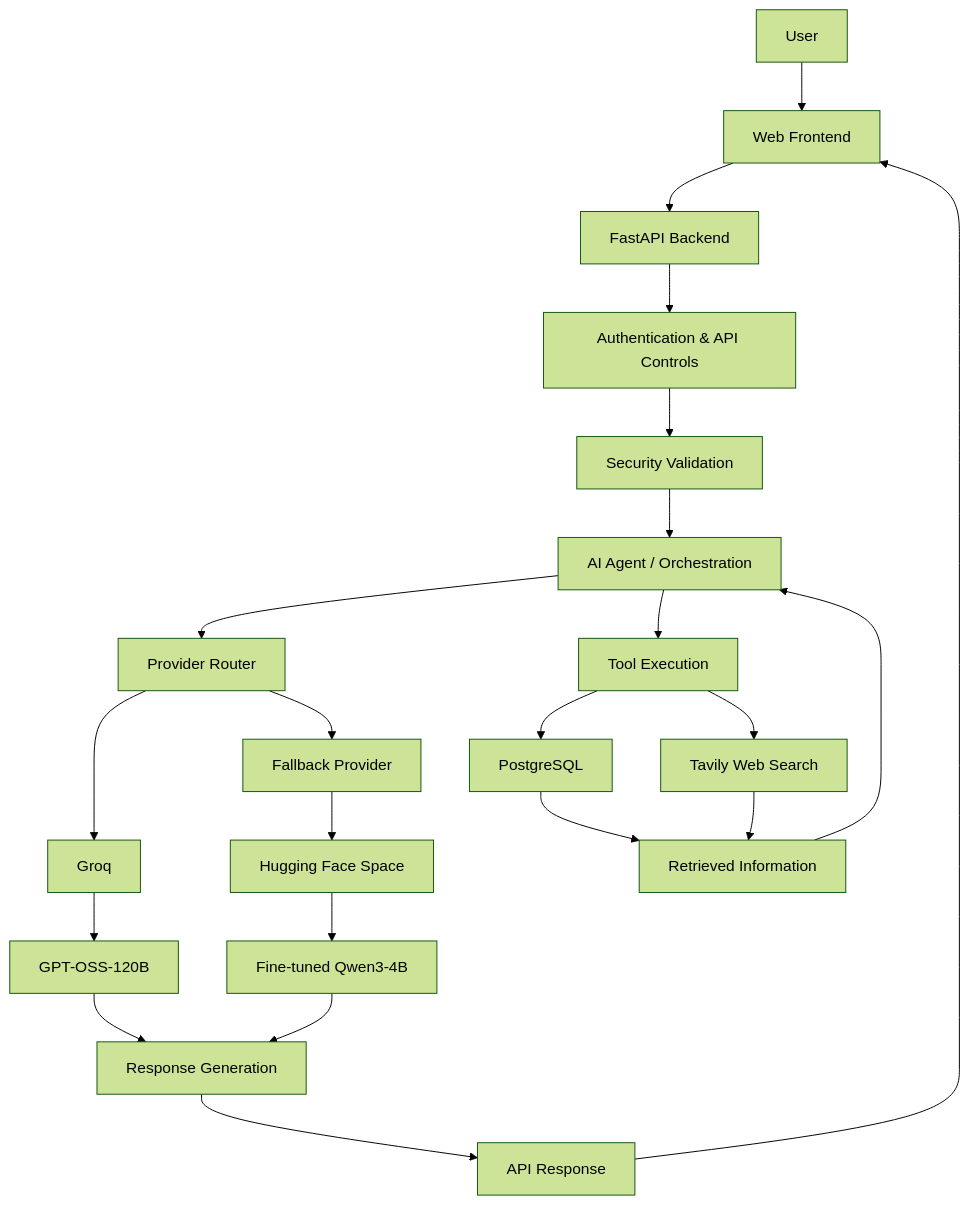
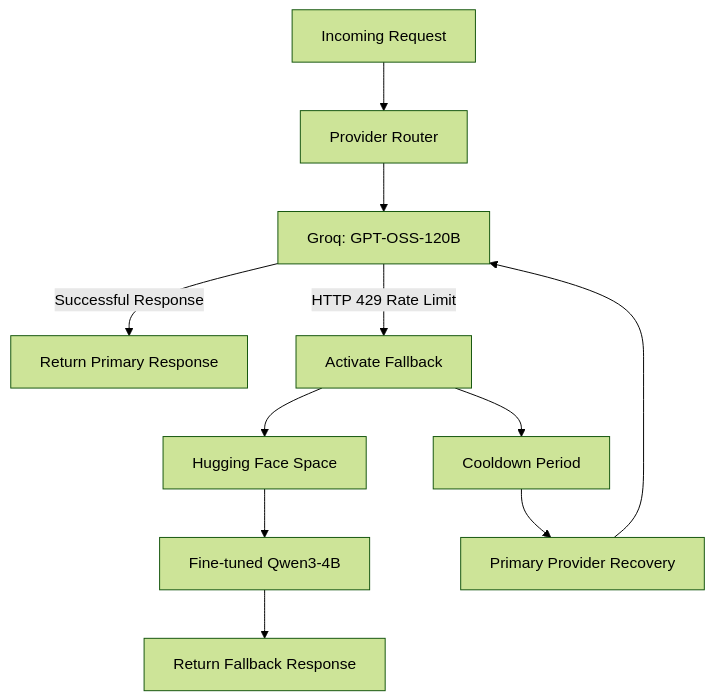
Before and after one commit to anshh-py/Car-World: the second of 3 diagrams in README.md, drawn with Mermaid (forest theme). The commit also changed other lines of this file, not shown here.

````diff
--- a/README.md
+++ b/README.md
@@ -242,31 +197,17 @@
 ```mermaid
 flowchart TD
-    A["User"] --> B["Web Frontend"]
-    B --> C["FastAPI Backend"]
+    A["Incoming Request"] --> B["Provider Router"]
 
-    C --> D["Authentication & API Controls"]
-    D --> E["Security Validation"]
-    E --> F["AI Agent / Orchestration"]
+    B --> C["Groq: GPT-OSS-120B"]
 
-    F --> G["Provider Router"]
+    C -->|Successful Response| D["Return Primary Response"]
+    C -->|HTTP 429 Rate Limit| E["Activate Fallback"]
 
-    G --> H["Groq"]
-    H --> I["GPT-OSS-120B"]
+    E --> F["Hugging Face Space"]
+    F --> G["Fine-tuned Qwen3-4B"]
+    G --> H["Return Fallback Response"]
 
-    G --> J["Fallback Provider"]
-    J --> K["Hugging Face Space"]
-    K --> L["Fine-tuned Qwen3-4B"]
-
-    F --> M["Tool Execution"]
-    M --> N["PostgreSQL"]
-    M --> O["Tavily Web Search"]
-
-    N --> P["Retrieved Information"]
-    O --> P
-
-    P --> F
-    I --> Q["Response Generation"]
-    L --> Q
-    Q --> R["API Response"]
-    R --> B
+    E --> I["Cooldown Period"]
+    I --> J["Primary Provider Recovery"]
+    J --> C
 ```
````
